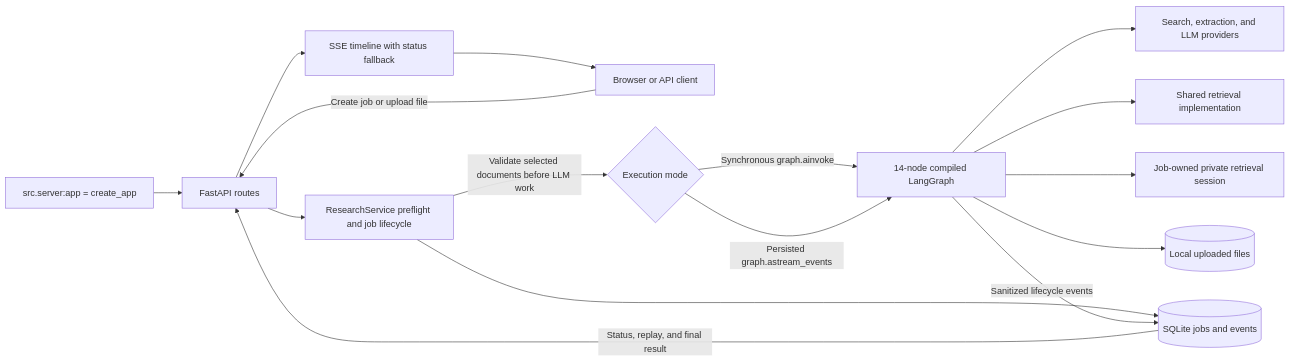
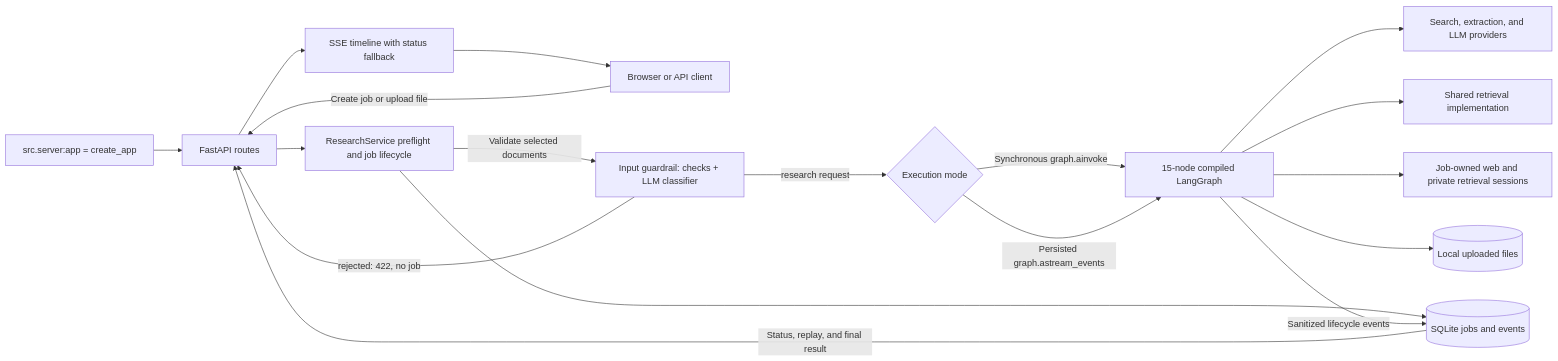
The first of 11 diagrams in readme.md (Ishwaridutt/deep-research-agent), drawn with Mermaid before and after one commit. The commit also changed other lines of this file, not shown here.

````diff
--- a/readme.md
+++ b/readme.md
@@ -91,30 +95,33 @@
 ```mermaid
 flowchart LR
     Entry[src.server:app = create_app]
     User[Browser or API client]
     API[FastAPI routes]
     Service[ResearchService preflight and job lifecycle]
+    Guard[Input guardrail: checks + LLM classifier]
     Invoke{Execution mode}
-    Graph[14-node compiled LangGraph]
+    Graph[15-node compiled LangGraph]
     Providers[Search, extraction, and LLM providers]
     Retrieval[Shared retrieval implementation]
-    JobResources[Job-owned private retrieval session]
+    JobResources[Job-owned web and private retrieval sessions]
     Store[(SQLite jobs and events)]
     Uploads[(Local uploaded files)]
     UI[SSE timeline with status fallback]
 
     Entry --> API
     User -->|Create job or upload file| API
     API --> Service
-    Service -->|Validate selected documents before LLM work| Invoke
+    Service -->|Validate selected documents| Guard
+    Guard -->|research request| Invoke
+    Guard -->|rejected: 422, no job| API
     Invoke -->|Synchronous graph.ainvoke| Graph
     Invoke -->|Persisted graph.astream_events| Graph
     Graph --> Providers
     Graph --> Retrieval
     Graph --> JobResources
     Graph --> Uploads
     Service --> Store
     Graph -->|Sanitized lifecycle events| Store
     Store -->|Status, replay, and final result| API
     API --> UI --> User
 ```
````
